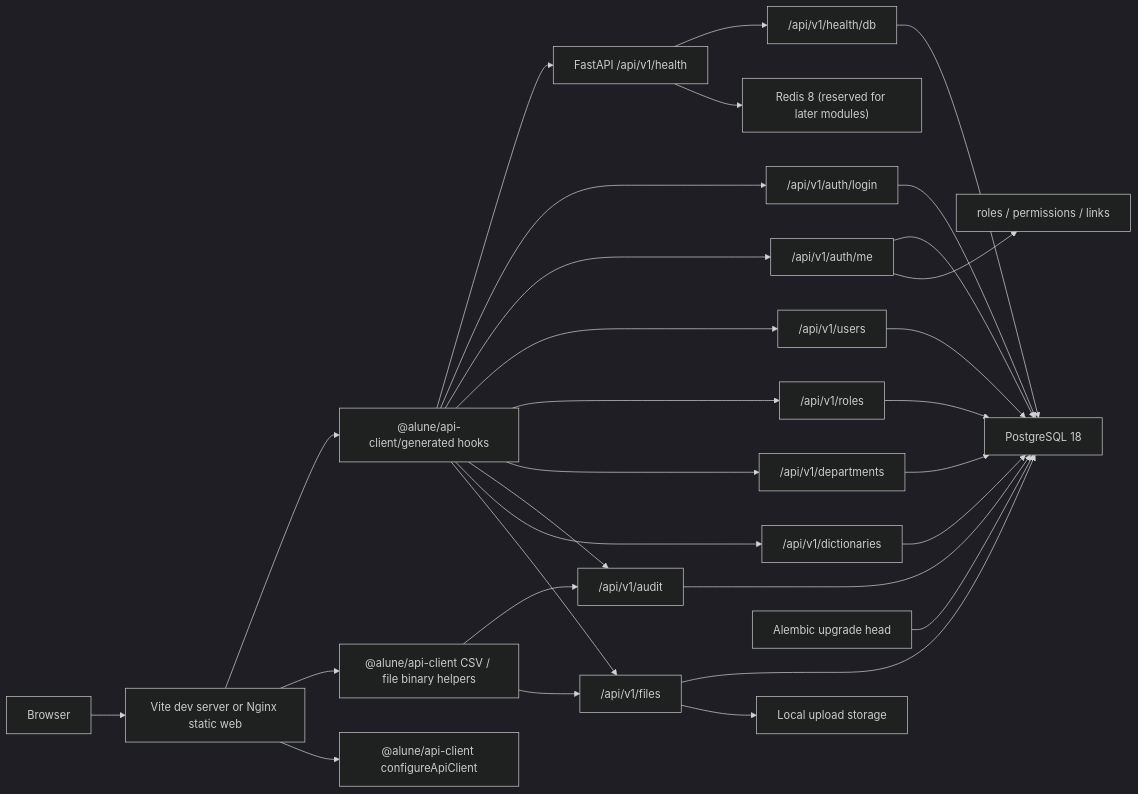
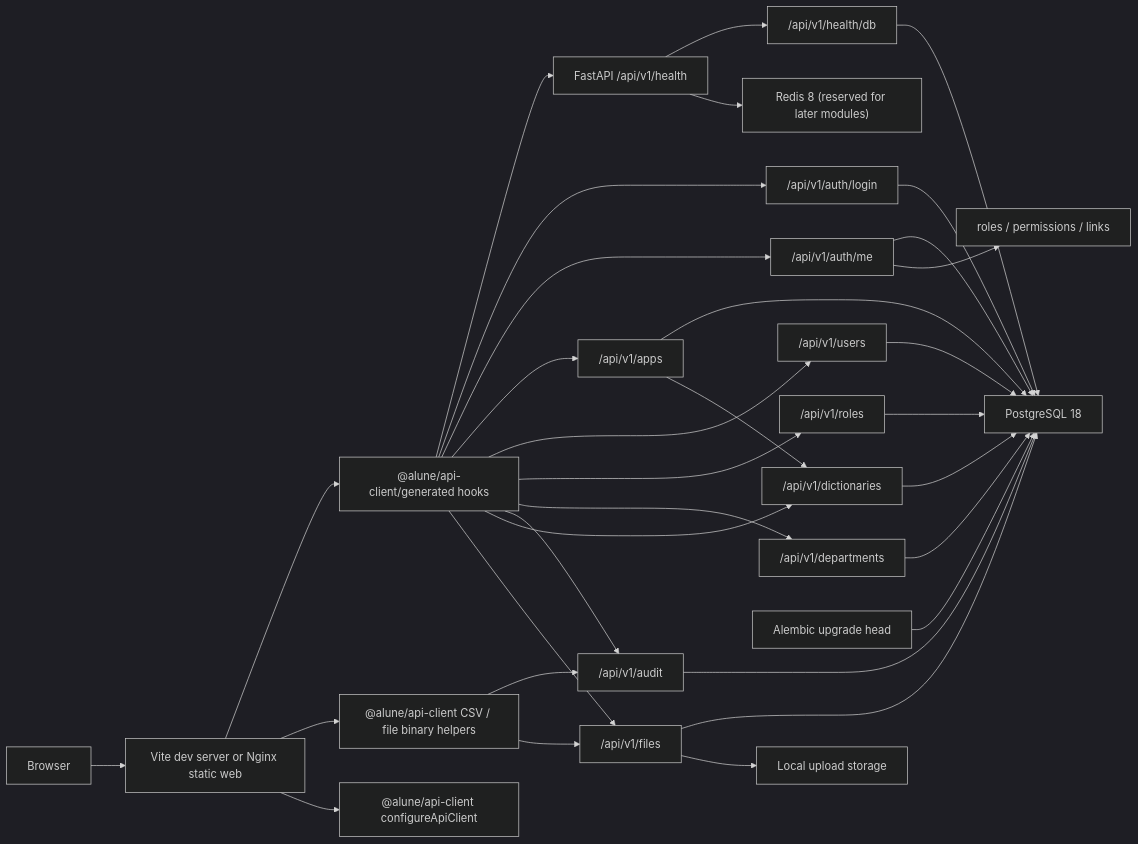
Before and after one commit to alune1212/alune: the diagram in docs/architecture.md, drawn with Mermaid (dark theme). The commit also changed other lines of this file and 38 other files, not shown here.

````diff
--- a/docs/architecture.md
+++ b/docs/architecture.md
@@ -116,32 +117,35 @@
 ```mermaid
 flowchart LR
   Browser["Browser"] --> Web["Vite dev server or Nginx static web"]
   Web --> GeneratedClient["@alune/api-client/generated hooks"]
   Web --> BinaryClient["@alune/api-client CSV / file binary helpers"]
   Web --> RuntimeConfig["@alune/api-client configureApiClient"]
   GeneratedClient --> API["FastAPI /api/v1/health"]
   GeneratedClient --> Login["/api/v1/auth/login"]
   GeneratedClient --> Me["/api/v1/auth/me"]
+  GeneratedClient --> Apps["/api/v1/apps"]
   GeneratedClient --> Users["/api/v1/users"]
   GeneratedClient --> Roles["/api/v1/roles"]
   GeneratedClient --> Departments["/api/v1/departments"]
   GeneratedClient --> Audit["/api/v1/audit"]
   GeneratedClient --> Dictionaries["/api/v1/dictionaries"]
   GeneratedClient --> Files["/api/v1/files"]
   BinaryClient --> Audit
   BinaryClient --> Files
   API --> DBCheck["/api/v1/health/db"]
   DBCheck --> Postgres["PostgreSQL 18"]
   Login --> Postgres
   Me --> Postgres
   Me --> Permissions["roles / permissions / links"]
+  Apps --> Postgres
+  Apps --> Dictionaries
   Users --> Postgres
   Roles --> Postgres
   Departments --> Postgres
   Audit --> Postgres
   Dictionaries --> Postgres
   Files --> Postgres
   Files --> LocalStorage["Local upload storage"]
   API --> Redis["Redis 8 (reserved for later modules)"]
   Alembic["Alembic upgrade head"] --> Postgres
 ```
````
